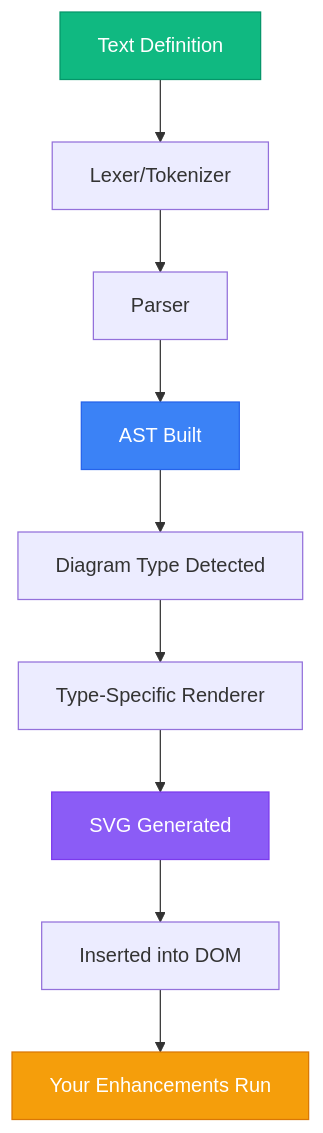
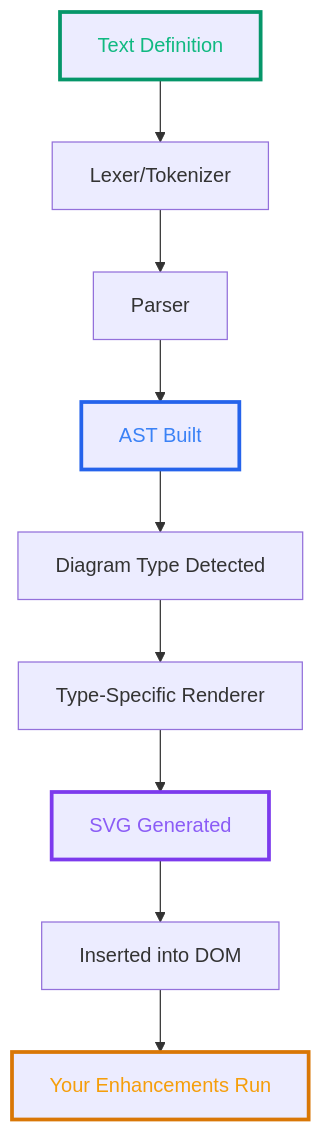
The third of 4 diagrams in Mostlylucid/Markdown/mermaid-js-deep-dive.md (Shaddix/mostlylucidweb), drawn with Mermaid before and after one commit. The commit also changed other lines of this file and 11 other files, not shown here.

First line of the commit message:
update: replace background fills with stroke styling in Mermaid diagrams

````diff
--- a/Mostlylucid/Markdown/mermaid-js-deep-dive.md
+++ b/Mostlylucid/Markdown/mermaid-js-deep-dive.md
@@ -68,16 +68,16 @@
 ```mermaid
 graph TD
     A[Text Definition] --> B[Lexer/Tokenizer]
     B --> C[Parser]
     C --> D[AST Built]
     D --> E[Diagram Type Detected]
     E --> F[Type-Specific Renderer]
     F --> G[SVG Generated]
     G --> H[Inserted into DOM]
     H --> I[Your Enhancements Run]
 
-    style A fill:#10b981,stroke:#059669,color:#fff
-    style D fill:#3b82f6,stroke:#2563eb,color:#fff
-    style G fill:#8b5cf6,stroke:#7c3aed,color:#fff
-    style I fill:#f59e0b,stroke:#d97706,color:#fff
+    style A stroke:#059669,stroke-width:3px,color:#10b981
+    style D stroke:#2563eb,stroke-width:3px,color:#3b82f6
+    style G stroke:#7c3aed,stroke-width:3px,color:#8b5cf6
+    style I stroke:#d97706,stroke-width:3px,color:#f59e0b
 ```
````
